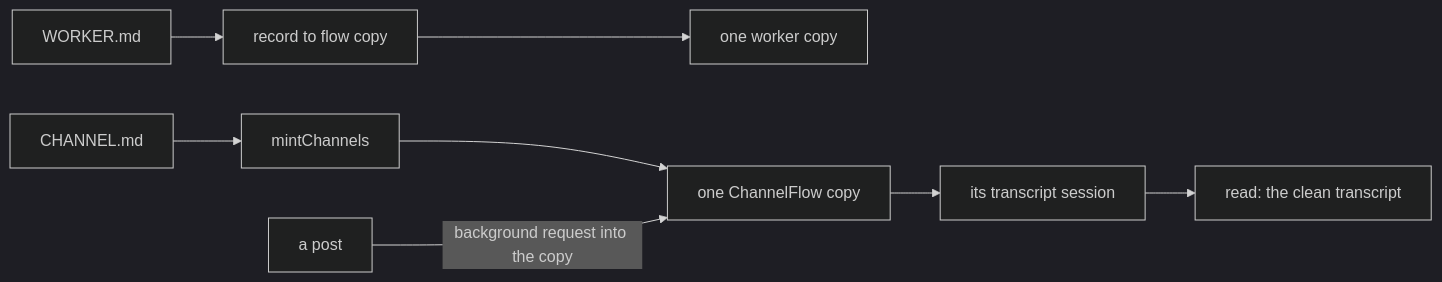
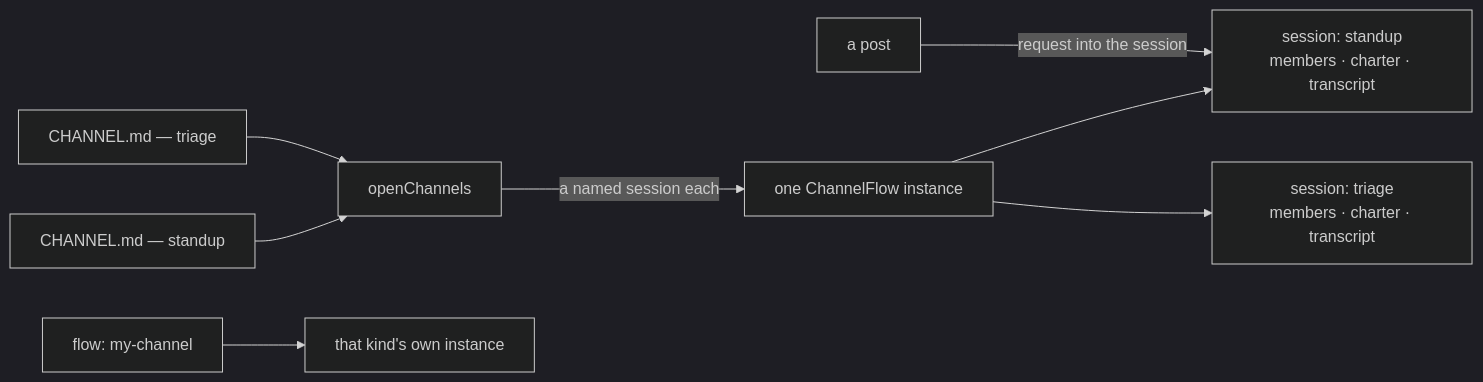
One commit to fixpoint-labs/flow-state-dev changed the second of 3 diagrams in spec/FIX-1311.explainer.md. Above: the diagram before and after it, drawn with Mermaid (dark theme). The commit also changed other lines of this file and 1 other file, not shown here.

````diff
--- a/spec/FIX-1311.explainer.md
+++ b/spec/FIX-1311.explainer.md
@@ -19,10 +19,10 @@
 ```mermaid
 flowchart LR
-  WORKER["WORKER.md"] --> MINT["record to flow copy"]
-  MINT --> SEAT["one worker copy"]
-  CHANNEL["CHANNEL.md"] --> MINTC["mintChannels"]
-  MINTC --> COPY["one ChannelFlow copy"]
-  COPY --> TRANSCRIPT["its transcript session"]
-  POST["a post"] -->|"background request into the copy"| COPY
-  TRANSCRIPT --> READ["read: the clean transcript"]
+  CH1["CHANNEL.md — standup"] --> BIND["openChannels"]
+  CH2["CHANNEL.md — triage"] --> BIND
+  BIND -->|"a named session each"| INST["one ChannelFlow instance"]
+  INST --> S1["session: standup<br/>members · charter · transcript"]
+  INST --> S2["session: triage<br/>members · charter · transcript"]
+  CUSTOM["flow: my-channel"] --> INST2["that kind's own instance"]
+  POST["a post"] -->|"request into the session"| S1
 ```
````
